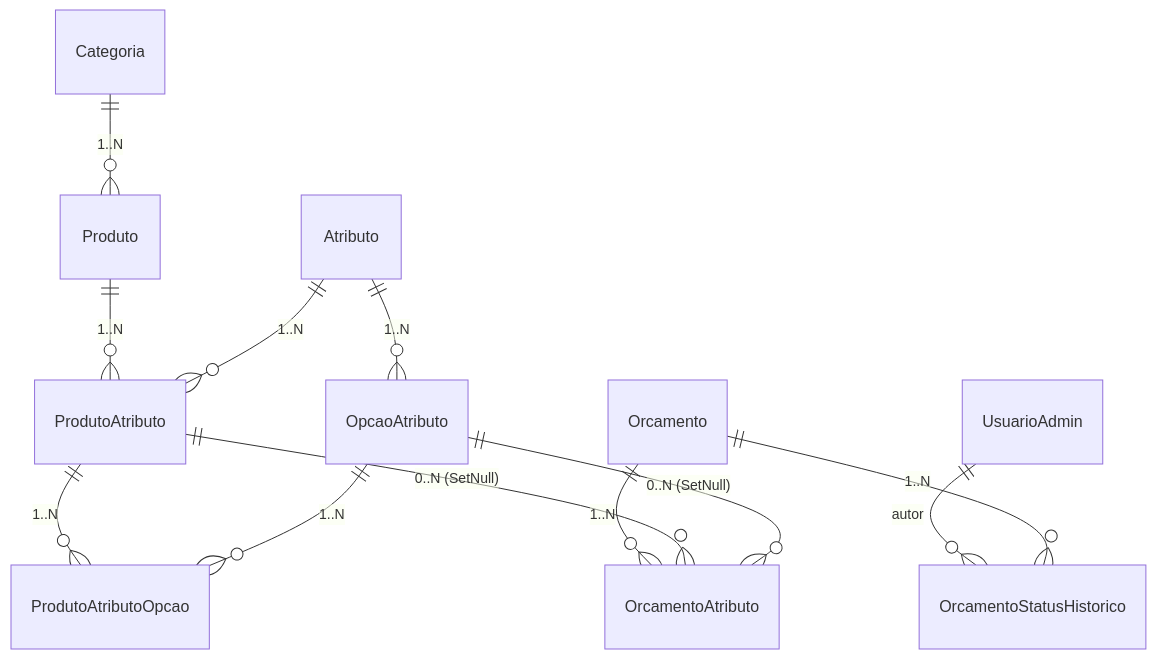
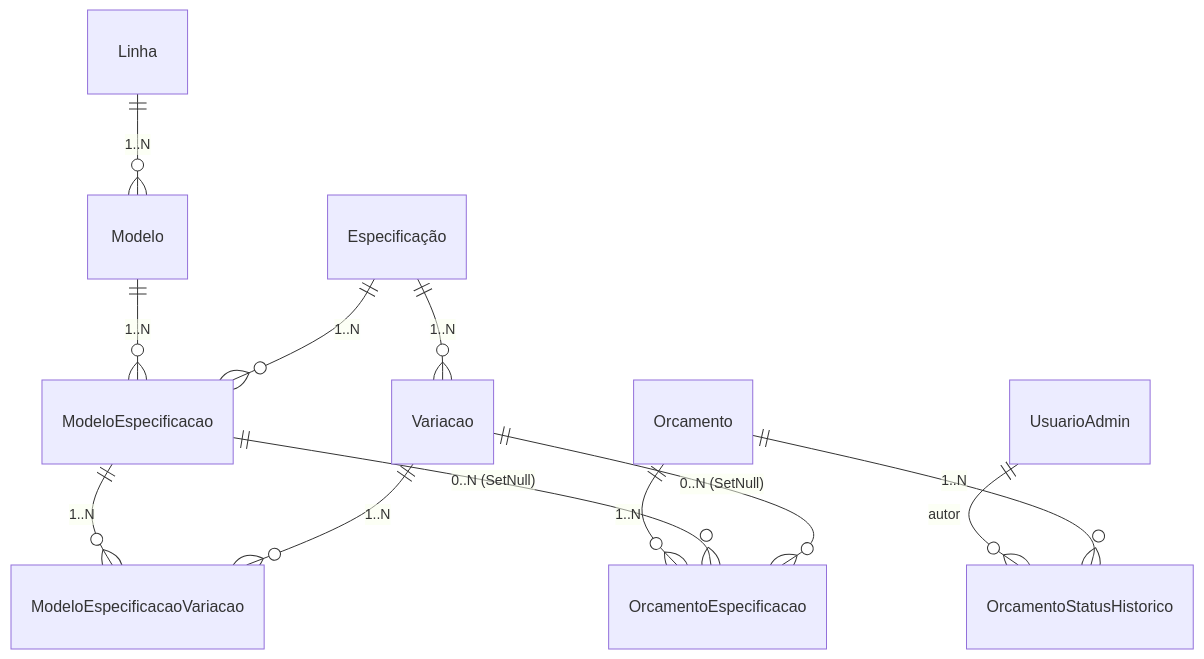
The diagram in ARCHITECTURE.md (LeidsonG/smunitur-platform), drawn with Mermaid before and after one commit. The commit also changed other lines of this file and 36 other files, not shown here.

````diff
--- a/ARCHITECTURE.md
+++ b/ARCHITECTURE.md
@@ -112,14 +112,14 @@
 ```mermaid
 erDiagram
     UsuarioAdmin ||--o{ OrcamentoStatusHistorico : autor
-    Categoria ||--o{ Produto : "1..N"
-    Produto ||--o{ ProdutoAtributo : "1..N"
-    Atributo ||--o{ OpcaoAtributo : "1..N"
-    Atributo ||--o{ ProdutoAtributo : "1..N"
-    ProdutoAtributo ||--o{ ProdutoAtributoOpcao : "1..N"
-    OpcaoAtributo ||--o{ ProdutoAtributoOpcao : "1..N"
-    Orcamento ||--o{ OrcamentoAtributo : "1..N"
+    Linha ||--o{ Modelo : "1..N"
+    Modelo ||--o{ ModeloEspecificacao : "1..N"
+    Especificação ||--o{ Variacao : "1..N"
+    Especificação ||--o{ ModeloEspecificacao : "1..N"
+    ModeloEspecificacao ||--o{ ModeloEspecificacaoVariacao : "1..N"
+    Variacao ||--o{ ModeloEspecificacaoVariacao : "1..N"
+    Orcamento ||--o{ OrcamentoEspecificacao : "1..N"
     Orcamento ||--o{ OrcamentoStatusHistorico : "1..N"
-    ProdutoAtributo ||--o{ OrcamentoAtributo : "0..N (SetNull)"
-    OpcaoAtributo ||--o{ OrcamentoAtributo : "0..N (SetNull)"
+    ModeloEspecificacao ||--o{ OrcamentoEspecificacao : "0..N (SetNull)"
+    Variacao ||--o{ OrcamentoEspecificacao : "0..N (SetNull)"
 ```
````
